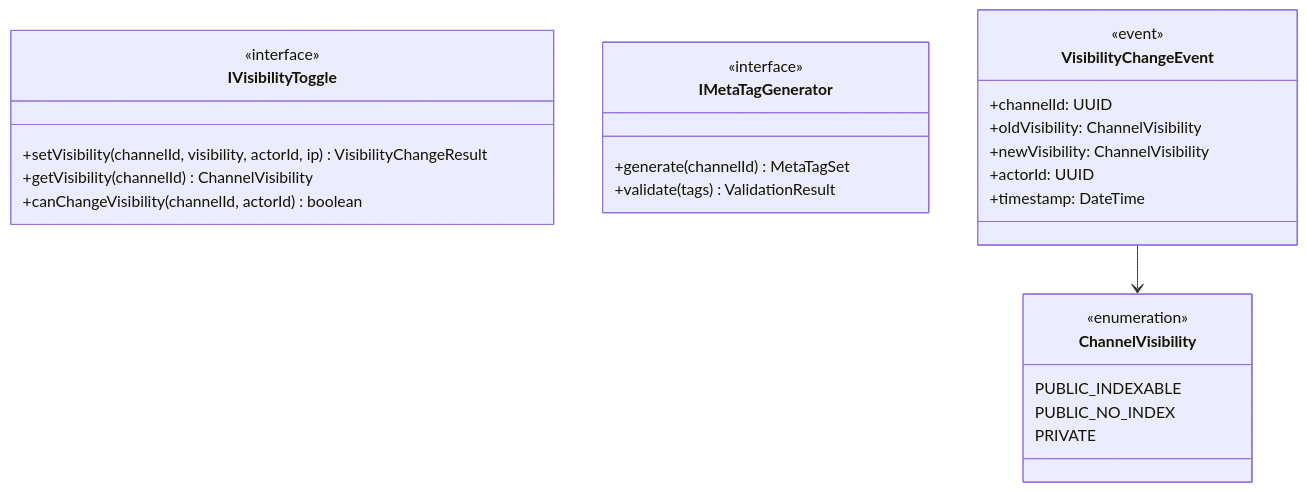
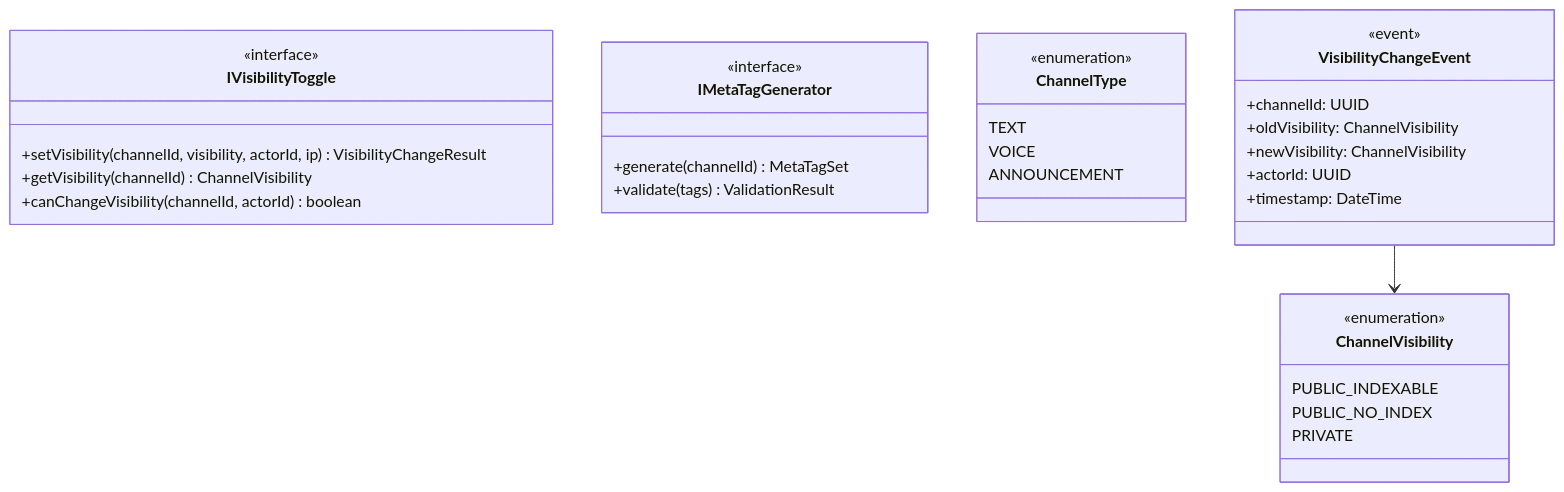
The third of 24 diagrams in docs/unified-backend-architecture.md (acabrera04/Harmony), drawn with Mermaid before and after one commit. The commit also changed other lines of this file, not shown here.

````diff
--- a/docs/unified-backend-architecture.md
+++ b/docs/unified-backend-architecture.md
@@ -242,33 +243,40 @@
 ```mermaid
 classDiagram
     class IVisibilityToggle {
         <<interface>>
         +setVisibility(channelId, visibility, actorId, ip) VisibilityChangeResult
         +getVisibility(channelId) ChannelVisibility
         +canChangeVisibility(channelId, actorId) boolean
     }
 
     class IMetaTagGenerator {
         <<interface>>
         +generate(channelId) MetaTagSet
         +validate(tags) ValidationResult
+    }
+
+    class ChannelType {
+        <<enumeration>>
+        TEXT
+        VOICE
+        ANNOUNCEMENT
     }
 
     class ChannelVisibility {
         <<enumeration>>
         PUBLIC_INDEXABLE
         PUBLIC_NO_INDEX
         PRIVATE
     }
 
     class VisibilityChangeEvent {
         <<event>>
         +channelId: UUID
         +oldVisibility: ChannelVisibility
         +newVisibility: ChannelVisibility
         +actorId: UUID
         +timestamp: DateTime
     }
 
     VisibilityChangeEvent --> ChannelVisibility
 ```
````
